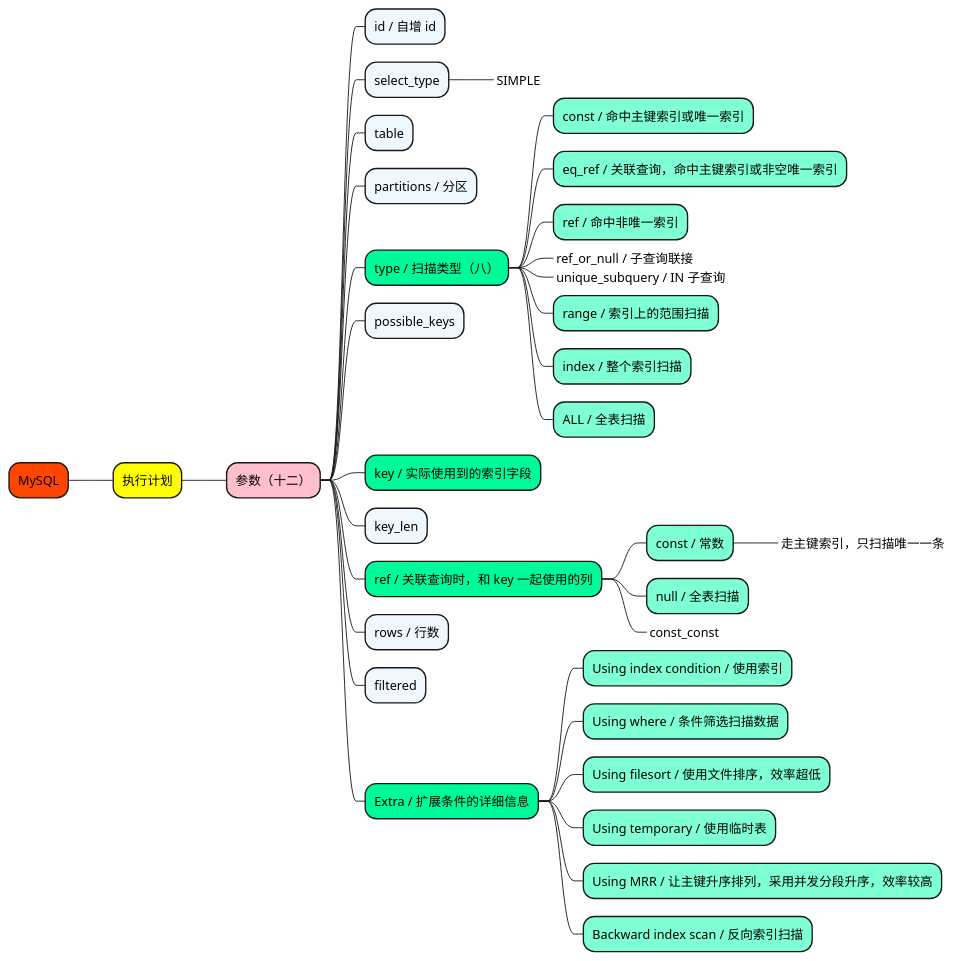
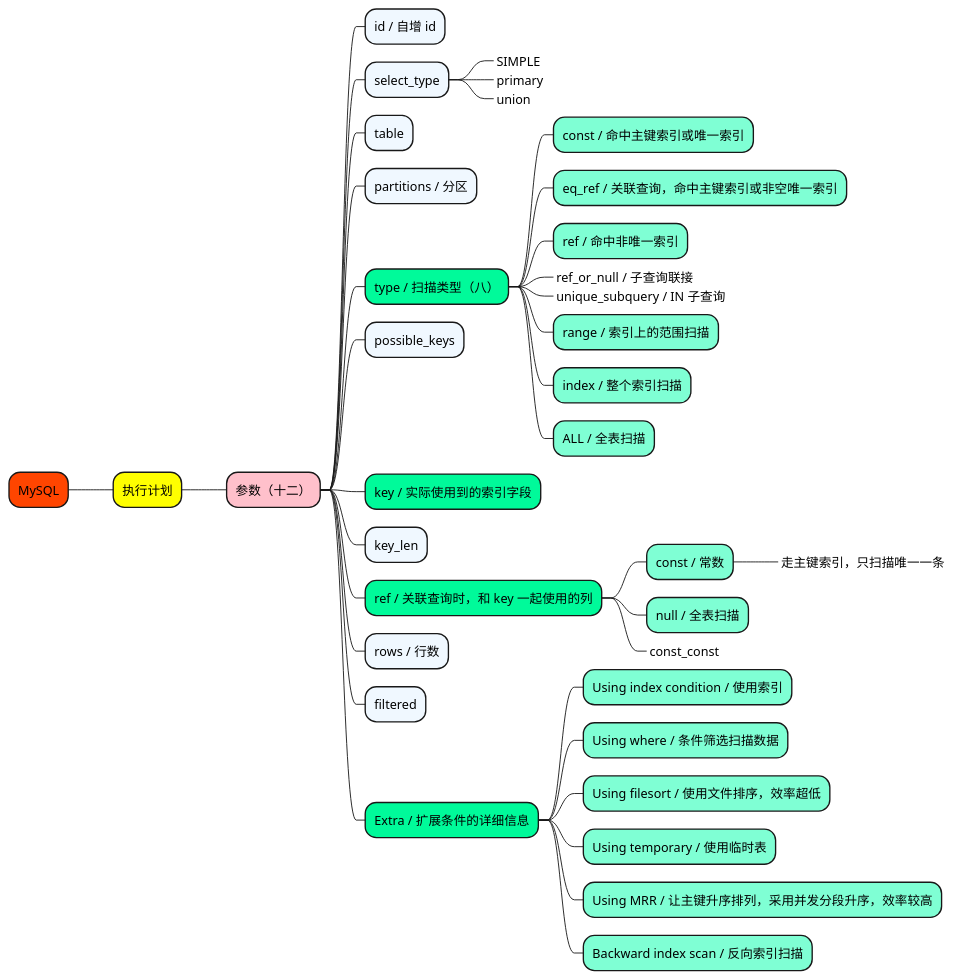
The diagram in 1_map/database/MySQL-执行计划.puml (doveg/self-cultivation-of-a-software-engineer), drawn with PlantUML before and after one commit. The commit also changed 7 other files, not shown here.

```diff
--- a/1_map/database/MySQL-执行计划.puml
+++ b/1_map/database/MySQL-执行计划.puml
@@ -1,48 +1,50 @@
 @startmindmap
 
 +[#OrangeRed] MySQL
 
 ++[#yellow] 执行计划
 
 +++[#Pink] 参数（十二）
 ++++[#AliceBlue] id / 自增 id
 ++++[#AliceBlue] select_type
 +++++_ SIMPLE
++++++_ primary
++++++_ union
 ++++[#AliceBlue] table
 ++++[#AliceBlue] partitions / 分区
 
 ++++[#MediumSpringGreen] type / 扫描类型（八）
 +++++[#Aquamarine] const / 命中主键索引或唯一索引
 +++++[#Aquamarine] eq_ref / 关联查询，命中主键索引或非空唯一索引
 +++++[#Aquamarine] ref / 命中非唯一索引
 +++++[#Aquamarine]_ ref_or_null / 子查询联接
 +++++[#Aquamarine]_ unique_subquery / IN 子查询
 +++++[#Aquamarine] range / 索引上的范围扫描
 +++++[#Aquamarine] index / 整个索引扫描
 +++++[#Aquamarine] ALL / 全表扫描
 
 ++++[#AliceBlue] possible_keys
 
 ++++[#MediumSpringGreen] key / 实际使用到的索引字段
 
 ++++[#AliceBlue] key_len
 
 ++++[#MediumSpringGreen] ref / 关联查询时，和 key 一起使用的列
 +++++[#Aquamarine] const / 常数
 ++++++[#Aquamarine]_ 走主键索引，只扫描唯一一条
 +++++[#Aquamarine] null / 全表扫描
 +++++[#Aquamarine]_ const_const
 
 ++++[#AliceBlue] rows / 行数
 ++++[#AliceBlue] filtered
 
 ++++[#MediumSpringGreen] Extra / 扩展条件的详细信息
 +++++[#Aquamarine] Using index condition / 使用索引
 +++++[#Aquamarine] Using where / 条件筛选扫描数据
 +++++[#Aquamarine] Using filesort / 使用文件排序，效率超低
 +++++[#Aquamarine] Using temporary / 使用临时表
 +++++[#Aquamarine] Using MRR / 让主键升序排列，采用并发分段升序，效率较高
 +++++[#Aquamarine] Backward index scan / 反向索引扫描
 
 
 @endmindmap
```
